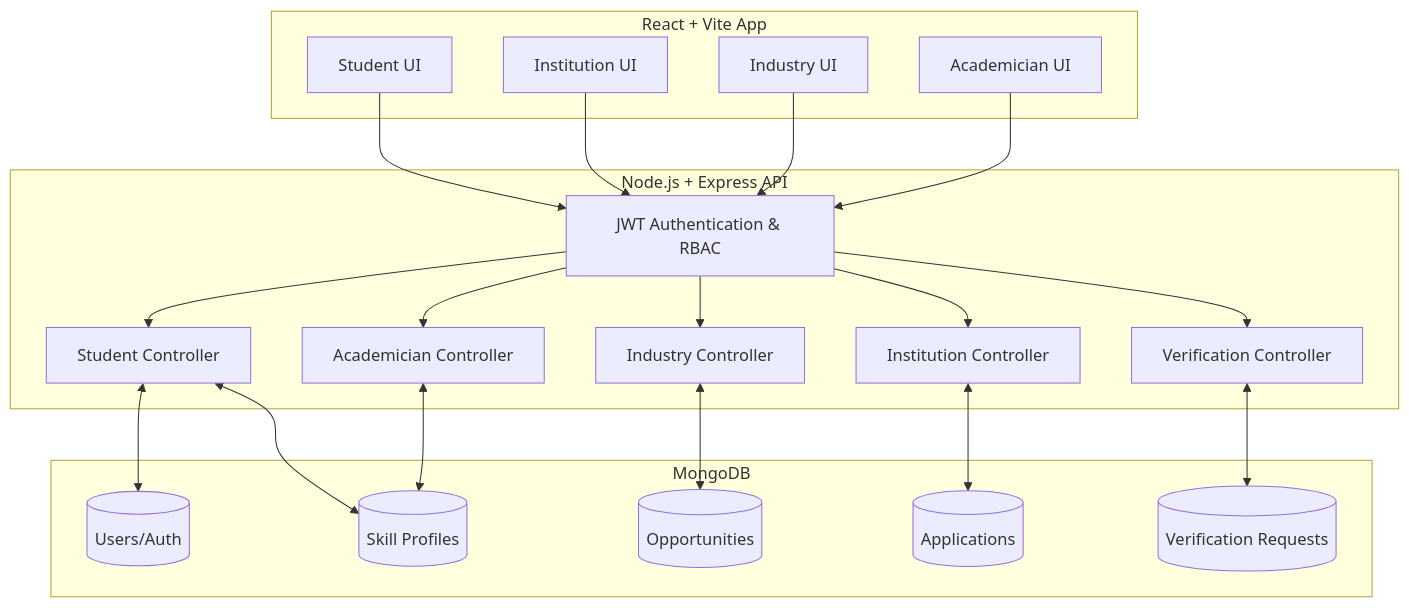
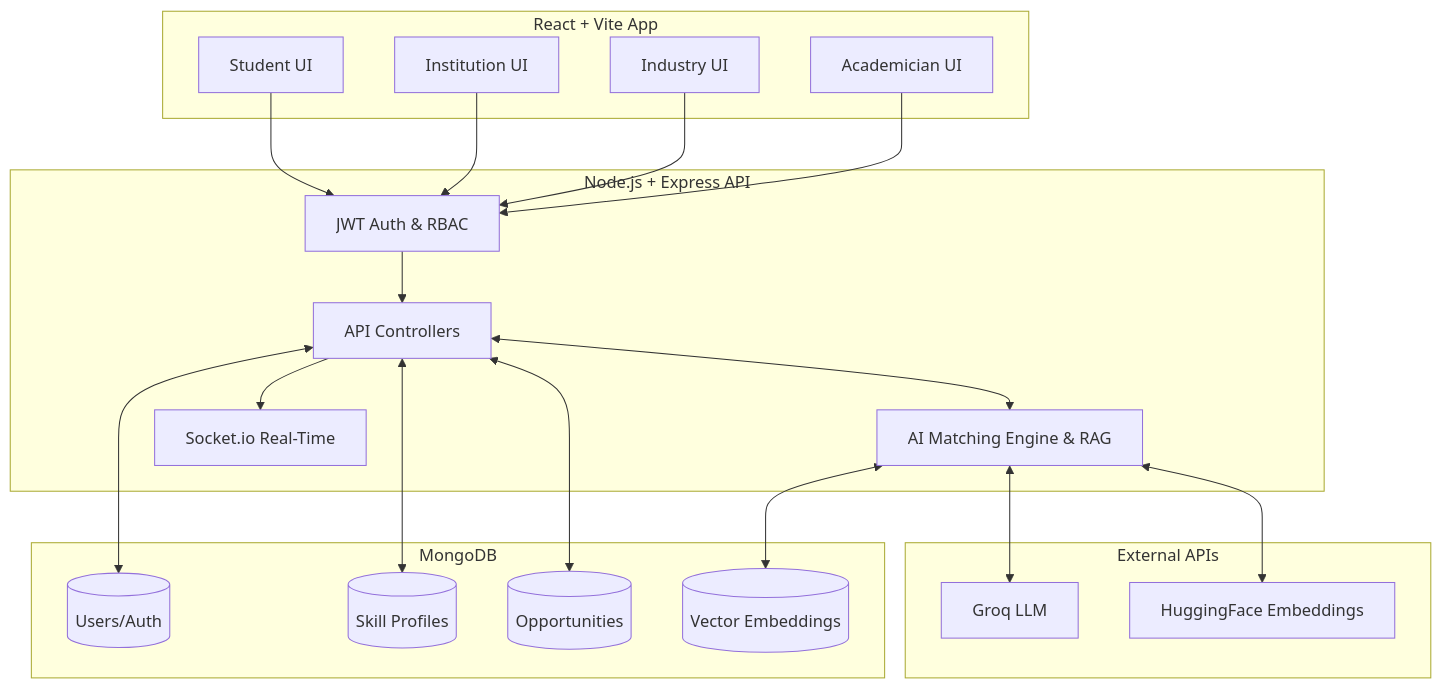
Before and after one commit to shahidansari311/abcd: the diagram in README.md, drawn with Mermaid. The commit also changed other lines of this file and 24 other files, not shown here.

````diff
--- a/README.md
+++ b/README.md
@@ -40,44 +56,44 @@
 ```mermaid
 graph TD
     subgraph Frontend [React + Vite App]
         S[Student UI]
         I[Institution UI]
         C[Industry UI]
         A[Academician UI]
     end
 
     subgraph Backend [Node.js + Express API]
-        Auth[JWT Authentication & RBAC]
-        SC[Student Controller]
-        IC[Institution Controller]
-        CC[Industry Controller]
-        AC[Academician Controller]
-        VC[Verification Controller]
+        Auth[JWT Auth & RBAC]
+        AI[AI Matching Engine & RAG]
+        RT[Socket.io Real-Time]
+        Controllers[API Controllers]
+    end
+
+    subgraph External APIs
+        Groq[Groq LLM]
+        HF[HuggingFace Embeddings]
     end
 
     subgraph Database [MongoDB]
         Users[(Users/Auth)]
         Profiles[(Skill Profiles)]
         Jobs[(Opportunities)]
-        Apps[(Applications)]
-        Verifications[(Verification Requests)]
+        VectorDB[(Vector Embeddings)]
     end
 
     S --> Auth
     I --> Auth
     C --> Auth
     A --> Auth
 
-    Auth --> SC
-    Auth --> IC
-    Auth --> CC
-    Auth --> AC
-    Auth --> VC
-
-    SC <--> Users
-    SC <--> Profiles
-    IC <--> Apps
-    CC <--> Jobs
-    AC <--> Profiles
-    VC <--> Verifications
+    Auth --> Controllers
+    Controllers --> RT
+    Controllers <--> AI
+    AI <--> Groq
+    AI <--> HF
+    
+    Controllers <--> Users
+    Controllers <--> Profiles
+    Controllers <--> Jobs
+    AI <--> VectorDB
 ```
````
